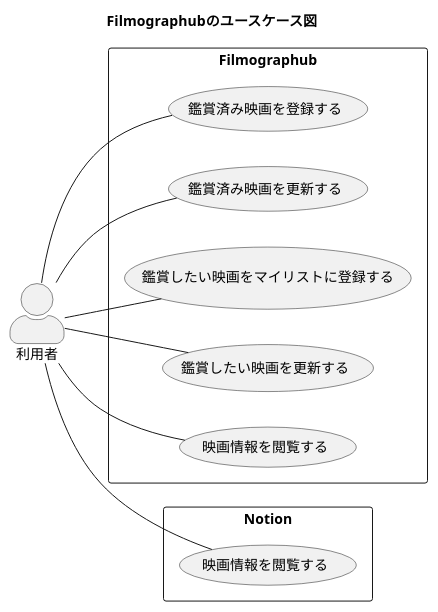
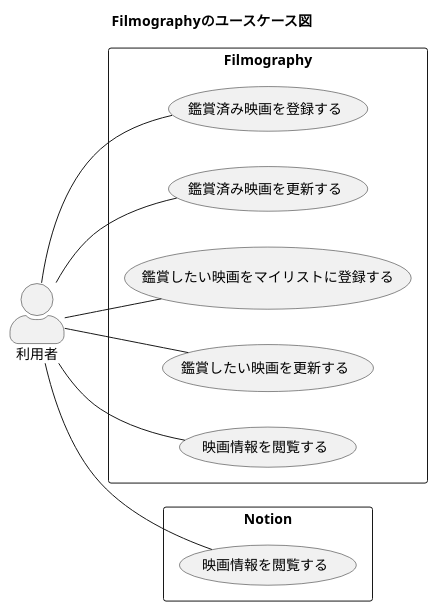
One commit to takeYY/filmography changed the diagram in api/docs/usecase/usecase.puml. Above: the diagram before and after it, drawn with PlantUML. The commit also changed 16 other files, not shown here.

Commit message:
change: filmographub -> filmography

```diff
--- a/api/docs/usecase/usecase.puml
+++ b/api/docs/usecase/usecase.puml
@@ -1,29 +1,29 @@
 @startuml fig_usecase
 
-title Filmographubのユースケース図
+title Filmographyのユースケース図
 skinparam actorStyle awesome
 
 left to right direction
 
-rectangle Filmographub {
+rectangle Filmography {
   usecase "鑑賞済み映画を登録する" as UC01
   usecase "鑑賞済み映画を更新する" as UC02
   usecase "鑑賞したい映画をマイリストに登録する" as UC03
   usecase "鑑賞したい映画を更新する" as UC04
   usecase "映画情報を閲覧する" as UC05
 }
 
 rectangle Notion {
   usecase "映画情報を閲覧する" as NUC01
 }
 
 
 :利用者: -- UC01
 :利用者: -- UC02
 :利用者: -- UC03
 :利用者: -- UC04
 :利用者: -- UC05
 
 :利用者: -- NUC01
 
 @enduml
```
